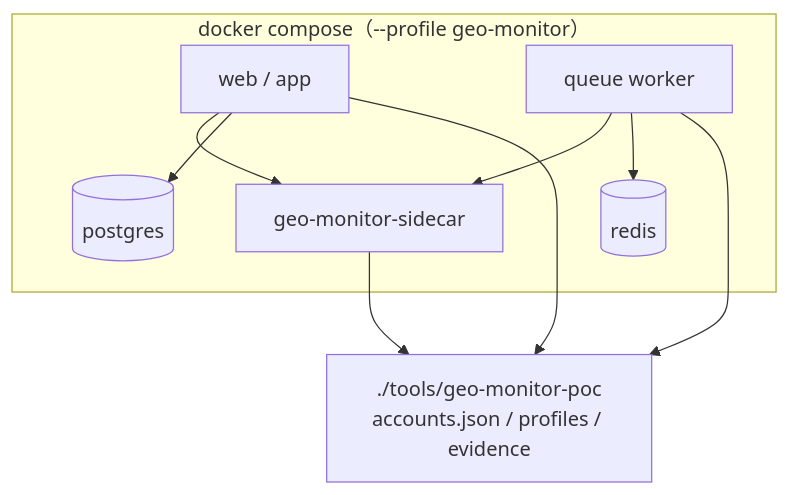
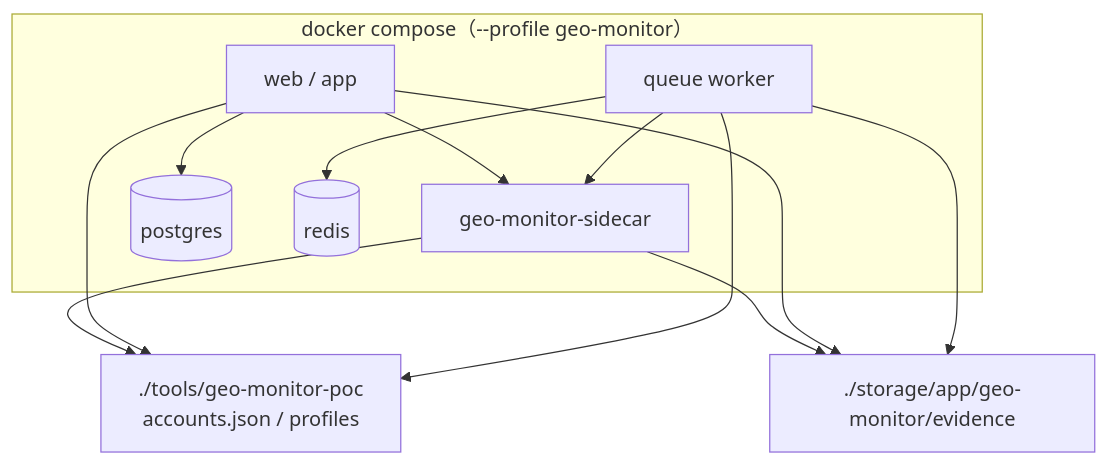
The diagram in docs/geo-monitoring-docker.md (majin72/GEOFlow), drawn with Mermaid before and after one commit. The commit also changed other lines of this file and 15 other files, not shown here.

First line of the commit message:
refactor(geo-monitoring): update evidence directory structure for sidecar integration

````diff
--- a/docs/geo-monitoring-docker.md
+++ b/docs/geo-monitoring-docker.md
@@ -7,18 +7,21 @@
 ```mermaid
 flowchart TB
   subgraph compose["docker compose（--profile geo-monitor）"]
     web[web / app]
     queue[queue worker]
     sidecar[geo-monitor-sidecar]
     pg[(postgres)]
     redis[(redis)]
   end
 
   web --> sidecar
   queue --> sidecar
   web --> pg
   queue --> redis
-  sidecar --> poc["./tools/geo-monitor-poc\naccounts.json / profiles / evidence"]
+  sidecar --> poc["./tools/geo-monitor-poc\naccounts.json / profiles"]
+  sidecar --> storage["./storage/app/geo-monitor/evidence"]
   web --> poc
   queue --> poc
+  web --> storage
+  queue --> storage
 ```
````
